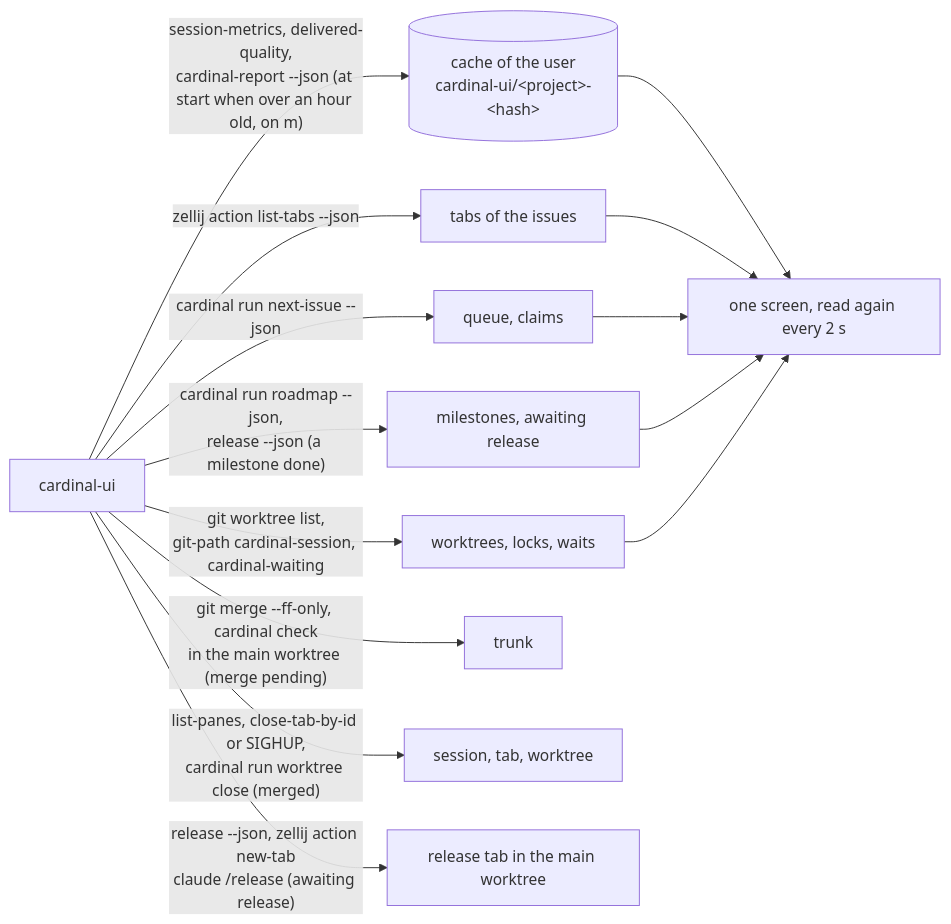
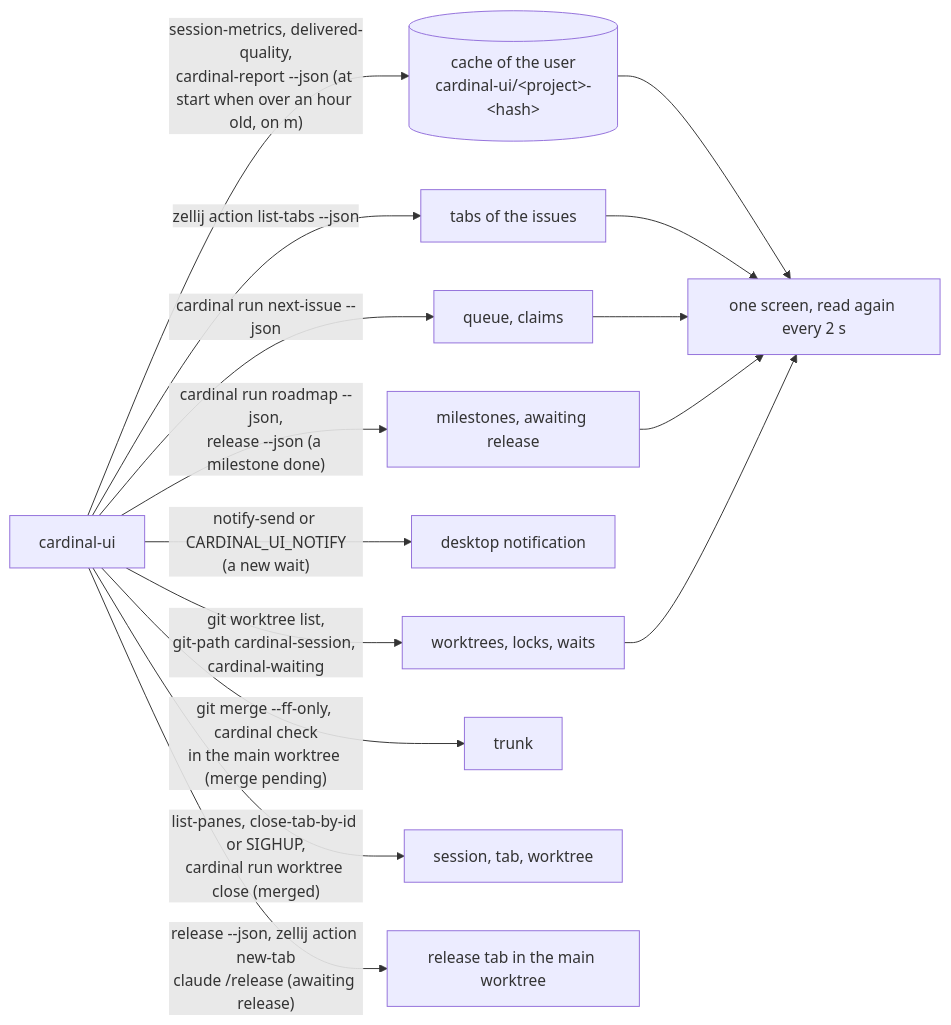
One commit to Electron-libre/cardinal changed the third of 3 diagrams in docs/architecture.md. Above: the diagram before and after it, drawn with Mermaid. The commit also changed other lines of this file and 9 other files, not shown here.

First line of the commit message:
feat(ui): notify the desktop when a worktree starts to wait

````diff
--- a/docs/architecture.md
+++ b/docs/architecture.md
@@ -249,16 +249,17 @@
 ```mermaid
 flowchart LR
   ui["cardinal-ui"] -->|"cardinal run next-issue --json"| queue["queue, claims"]
   ui -->|"cardinal run roadmap --json,<br/>release --json (a milestone done)"| milestones["milestones, awaiting release"]
   ui -->|"git worktree list,<br/>git-path cardinal-session, cardinal-waiting"| worktrees["worktrees, locks, waits"]
   ui -->|"zellij action list-tabs --json"| tabs["tabs of the issues"]
+  ui -->|"notify-send or CARDINAL_UI_NOTIFY<br/>(a new wait)"| desktop["desktop notification"]
   ui -->|"session-metrics, delivered-quality,<br/>cardinal-report --json (at start when over an hour old, on m)"| cache[("cache of the user<br/>cardinal-ui/&lt;project&gt;-&lt;hash&gt;")]
   ui -->|"git merge --ff-only, cardinal check<br/>in the main worktree (merge pending)"| trunk["trunk"]
   ui -->|"list-panes, close-tab-by-id or SIGHUP,<br/>cardinal run worktree close (merged)"| ended["session, tab, worktree"]
   ui -->|"release --json, zellij action new-tab<br/>claude /release (awaiting release)"| release["release tab in the main worktree"]
   cache --> screen
   tabs --> screen
   queue --> screen["one screen, read again every 2 s"]
   milestones --> screen
   worktrees --> screen
 ```
````
